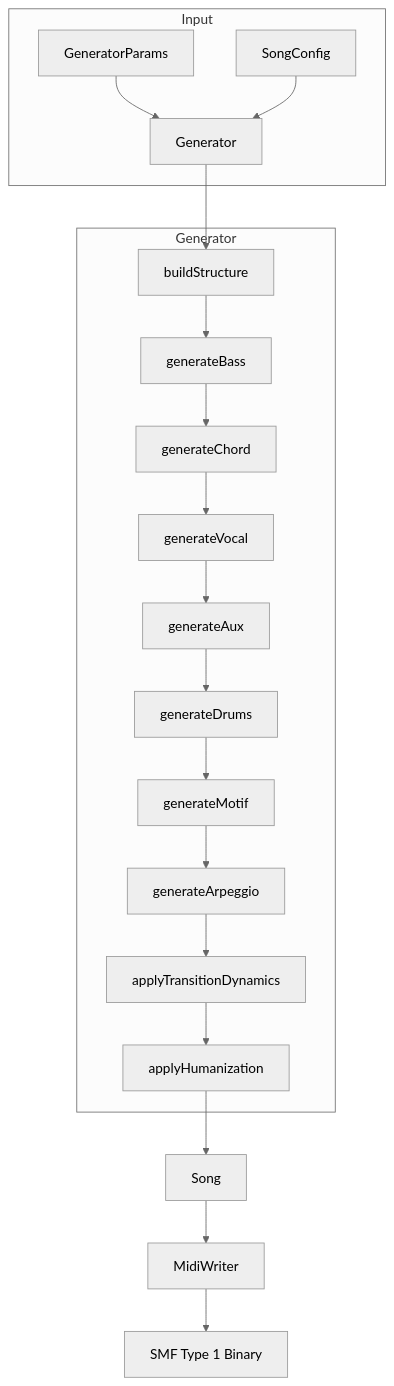
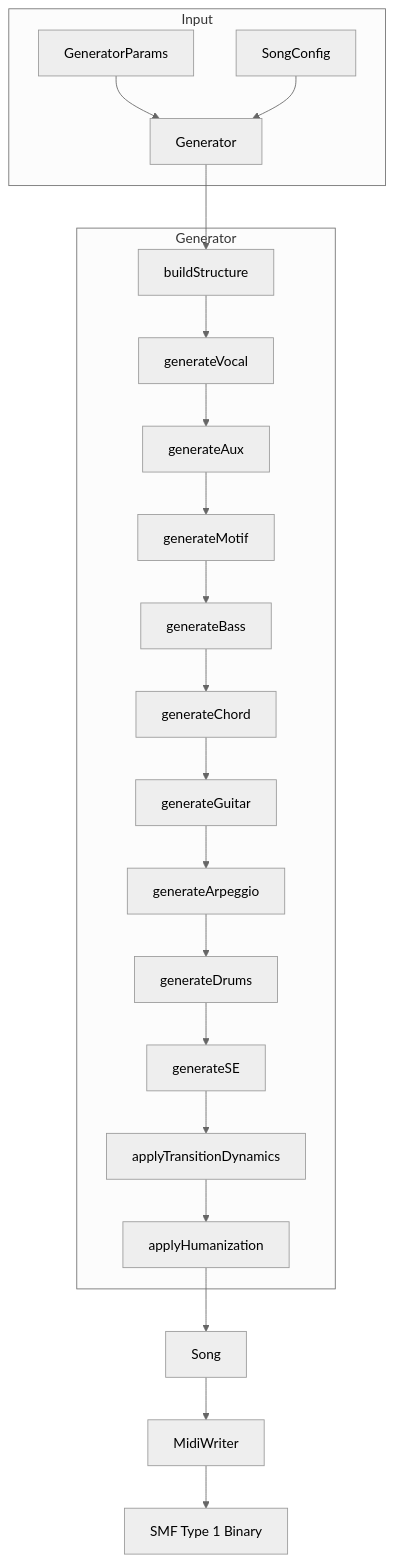
The first of 2 diagrams in src/docs/architecture.md (libraz/midi-sketch-homepage), drawn with Mermaid (neutral theme) before and after one commit. The commit also changed other lines of this file and 24 other files, not shown here.

````diff
--- a/src/docs/architecture.md
+++ b/src/docs/architecture.md
@@ -118,24 +126,26 @@
 ```mermaid
 flowchart TD
     subgraph Input
         A[GeneratorParams] --> G
         B[SongConfig] --> G
     end
 
     subgraph Generator
-        G[Generator] --> S1[buildStructure]
-        S1 --> S2[generateBass]
-        S2 --> S3[generateChord]
-        S3 --> S4[generateVocal]
-        S4 --> S5[generateAux]
-        S5 --> S6[generateDrums]
-        S6 --> S7[generateMotif]
-        S7 --> S8[generateArpeggio]
-        S8 --> S9[applyTransitionDynamics]
-        S9 --> S10[applyHumanization]
+        G[Generator] --> S0[buildStructure]
+        S0 --> S1[generateVocal]
+        S1 --> S2[generateAux]
+        S2 --> S3[generateMotif]
+        S3 --> S4[generateBass]
+        S4 --> S5[generateChord]
+        S5 --> S6[generateGuitar]
+        S6 --> S7[generateArpeggio]
+        S7 --> S8[generateDrums]
+        S8 --> S9[generateSE]
+        S9 --> S10[applyTransitionDynamics]
+        S10 --> S11[applyHumanization]
     end
 
-    S10 --> Song
+    S11 --> Song
     Song --> MW[MidiWriter]
     MW --> MIDI["SMF Type 1 Binary"]
 ```
````
